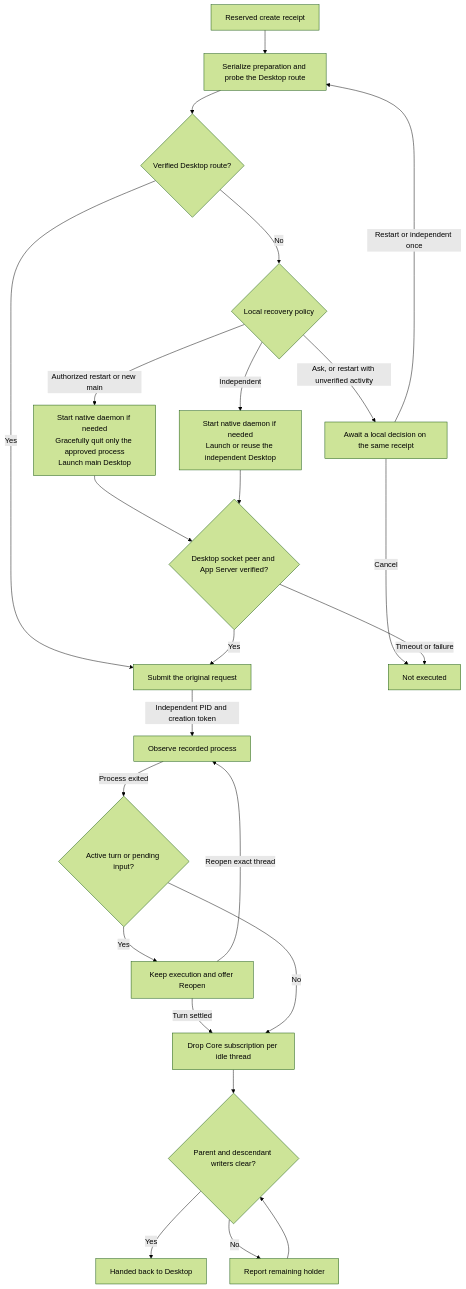
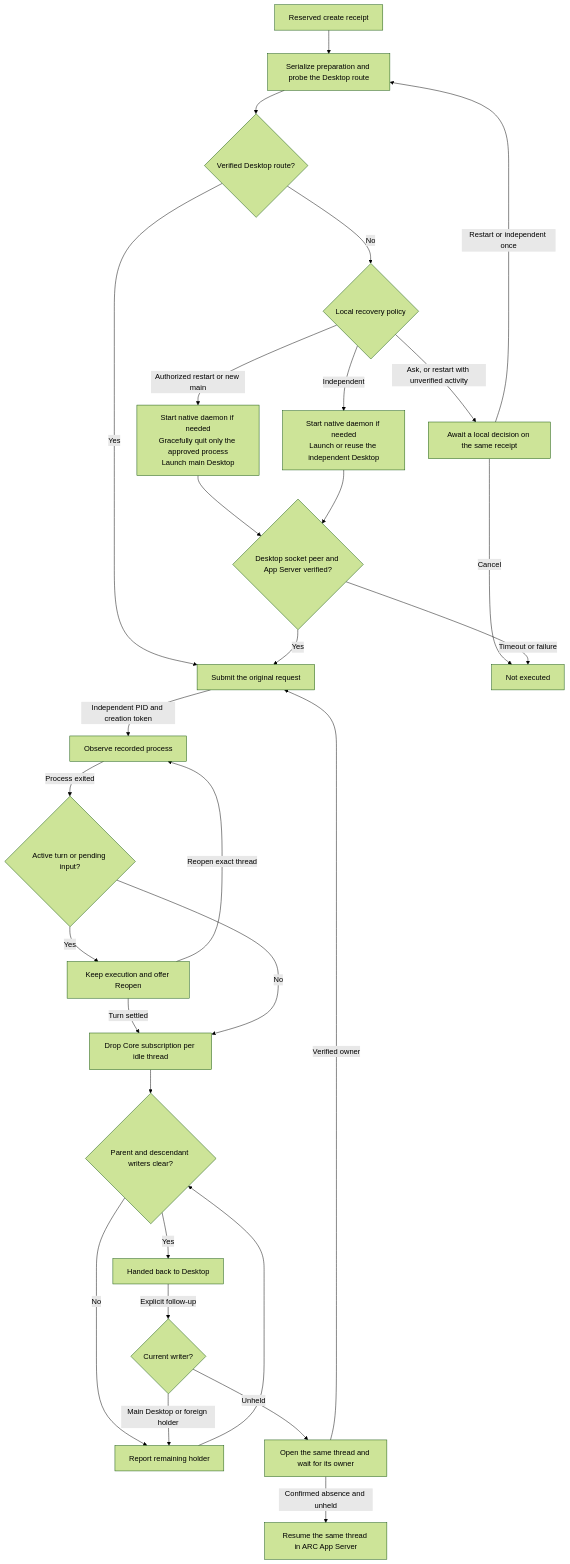
Before and after one commit to whzxc/agent-remote-control: the diagram in arch/mechanisms/desktop-preparation.mmd, drawn with Mermaid (forest theme). The commit also changed 5 other files, not shown here.

```diff
--- a/arch/mechanisms/desktop-preparation.mmd
+++ b/arch/mechanisms/desktop-preparation.mmd
@@ -1,26 +1,31 @@
 %% Desktop preparation (layer 2): route recovery before a new native thread.
 %% Index and code mapping: docs/dev/arch-assets.md
 flowchart TD
   request["Reserved create receipt"] --> gate["Serialize preparation and probe the Desktop route"]
   gate --> ready{"Verified Desktop route?"}
   ready -->|Yes| submit["Submit the original request"]
   ready -->|No| policy{"Local recovery policy"}
   policy -->|Ask, or restart with unverified activity| waiting["Await a local decision on the same receipt"]
   waiting -->|Cancel| stopped["Not executed"]
   waiting -->|Restart or independent once| gate
   policy -->|Authorized restart or new main| main["Start native daemon if needed<br/>Gracefully quit only the approved process<br/>Launch main Desktop"]
   policy -->|Independent| independent["Start native daemon if needed<br/>Launch or reuse the independent Desktop"]
   main --> verify{"Desktop socket peer and App Server verified?"}
   independent --> verify
   verify -->|Yes| submit
   verify -->|Timeout or failure| stopped
   submit -->|Independent PID and creation token| watch["Observe recorded process"]
   watch -->|Process exited| busy{"Active turn or pending input?"}
   busy -->|Yes| running["Keep execution and offer Reopen"]
   running -->|Turn settled| release
   running -->|Reopen exact thread| watch
   busy -->|No| release["Drop Core subscription per idle thread"]
   release --> locks{"Parent and descendant writers clear?"}
   locks -->|Yes| returned["Handed back to Desktop"]
   locks -->|No| held["Report remaining holder"]
   held --> locks
+  returned -->|Explicit follow-up| owner{"Current writer?"}
+  owner -->|Main Desktop or foreign holder| held
+  owner -->|Unheld| navigate["Open the same thread and wait for its owner"]
+  navigate -->|Verified owner| submit
+  navigate -->|Confirmed absence and unheld| fallback["Resume the same thread in ARC App Server"]
```
